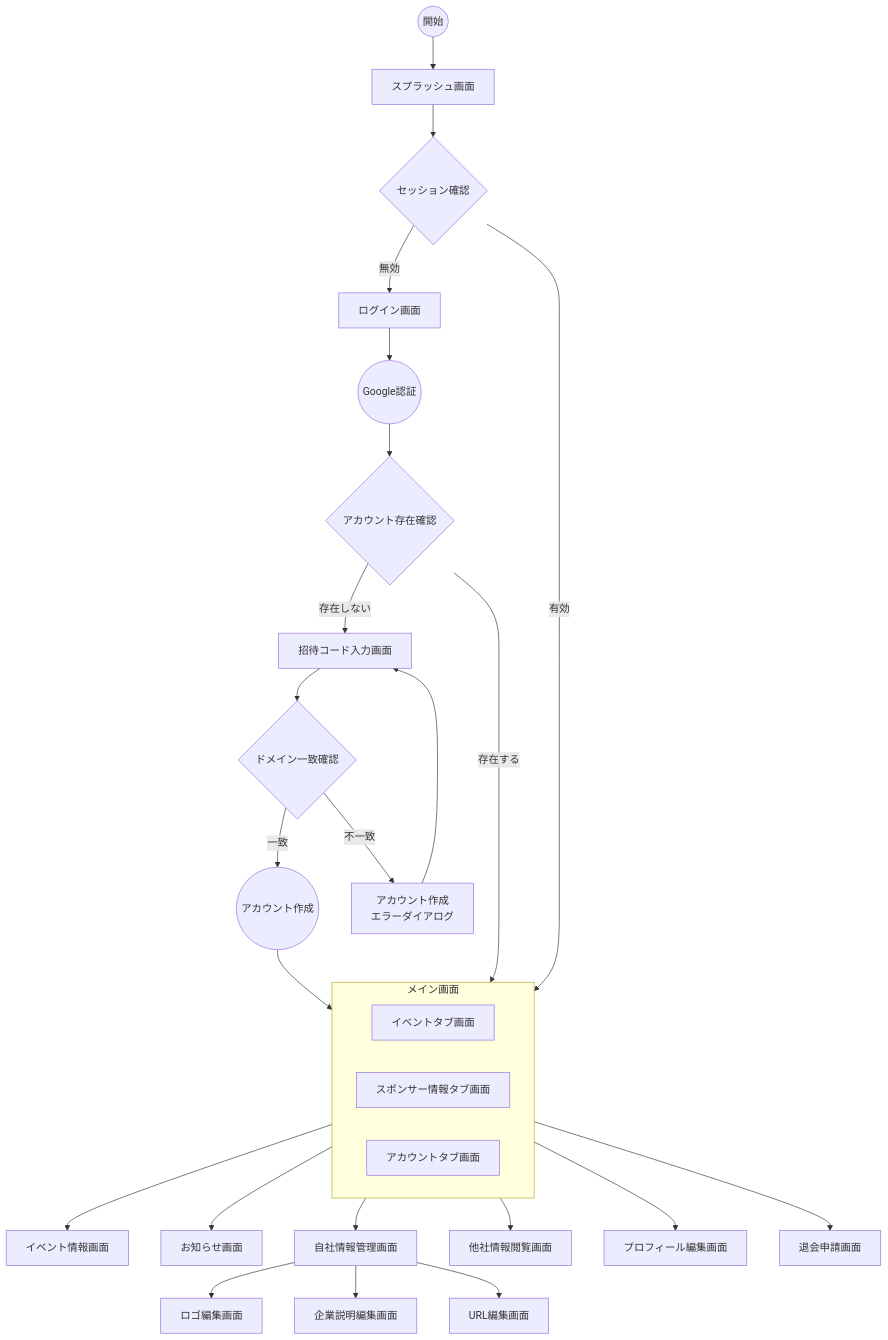
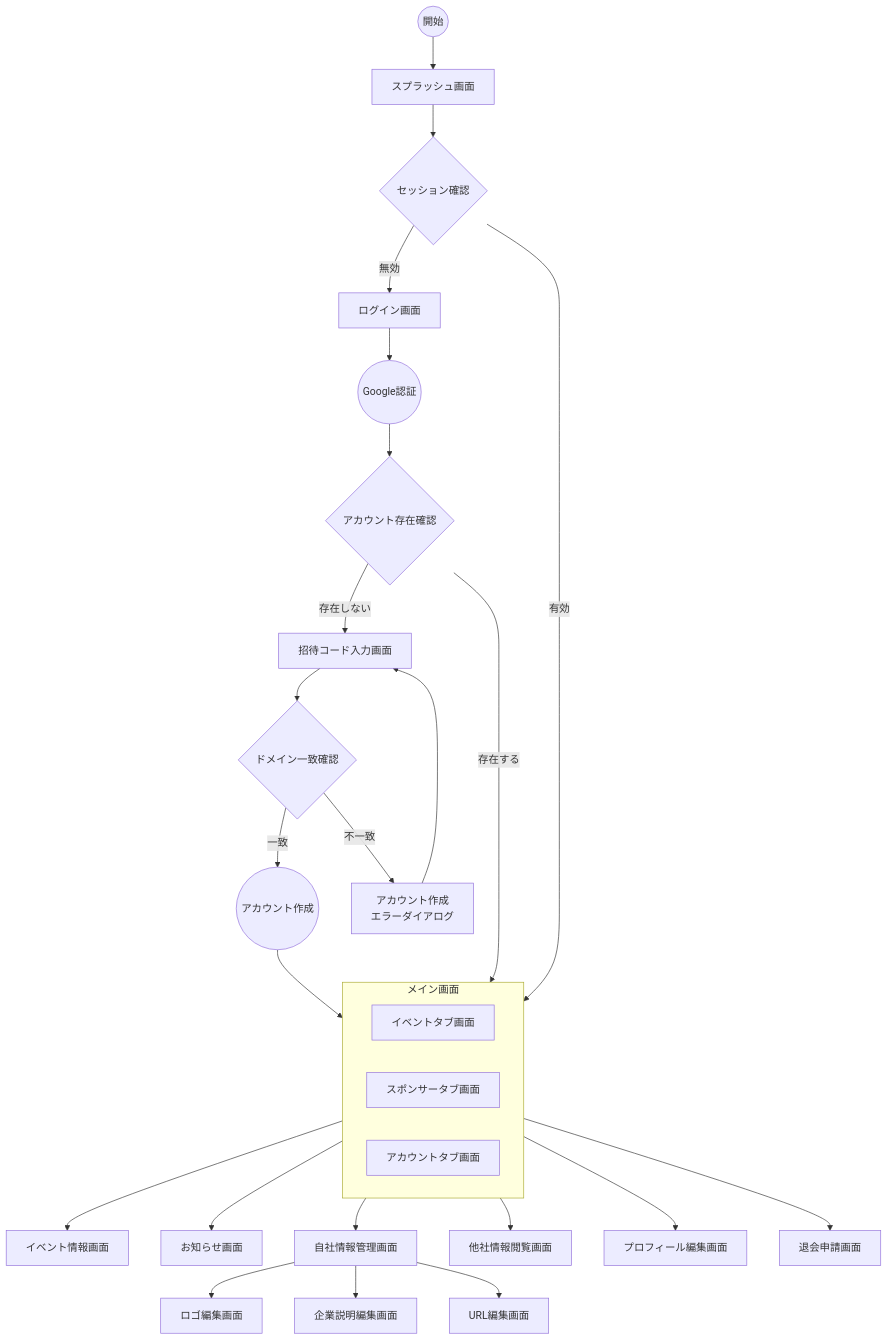
Before and after one commit to FlutterKaigi/2025: the diagram in docs/dashboard/SCREENS.md, drawn with Mermaid. The commit also changed other lines of this file, not shown here.

Commit message:
docs: スポンサー情報タブ画面のスポンサータブ画面への名称変更

````diff
--- a/docs/dashboard/SCREENS.md
+++ b/docs/dashboard/SCREENS.md
@@ -54,41 +54,41 @@
 ```mermaid
 flowchart TD
     Start((開始)) --> Splash[スプラッシュ画面]
     Splash --> SessionCheck{セッション確認}
     SessionCheck --> |有効| EventTab[イベントタブ画面]
     SessionCheck --> |無効| Login[ログイン画面]
     
     %% 認証フロー
     Login --> GoogleAuth((Google認証))
     GoogleAuth --> AccountCheck{アカウント存在確認}
     AccountCheck --> |存在する| EventTab[イベントタブ画面]
     AccountCheck --> |存在しない| InvitationCode[招待コード入力画面]
     
     %% 新規登録フロー
     InvitationCode --> DomainCheck{ドメイン一致確認}
     DomainCheck --> |一致| CreateAccount((アカウント作成))
     DomainCheck --> |不一致| RegisterError[アカウント作成<br>エラーダイアログ]
     RegisterError --> InvitationCode
     CreateAccount --> EventTab
     
     %% メイン画面のタブ構成
     subgraph Main[メイン画面]
       direction LR
       EventTab[イベントタブ画面]
-      SponsorInfo[スポンサー情報タブ画面]
+      SponsorTab[スポンサータブ画面]
       Account[アカウントタブ画面]
     end
 
     EventTab --> EventInfo[イベント情報画面]
     EventTab --> News[お知らせ画面]
     
-    SponsorInfo --> OwnInfo[自社情報管理画面]
-    SponsorInfo --> OtherInfo[他社情報閲覧画面]
+    SponsorTab --> OwnInfo[自社情報管理画面]
+    SponsorTab --> OtherInfo[他社情報閲覧画面]
     
     OwnInfo --> LogoEdit[ロゴ編集画面]
     OwnInfo --> DescEdit[企業説明編集画面]
     OwnInfo --> URLEdit[URL編集画面]
     
     Account --> Profile[プロフィール編集画面]
     Account --> Withdrawal[退会申請画面]
 ```
````
